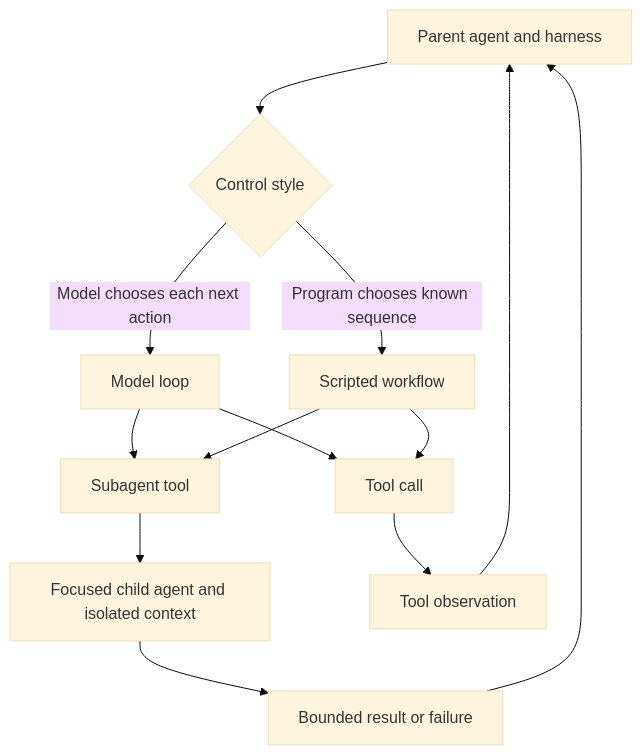
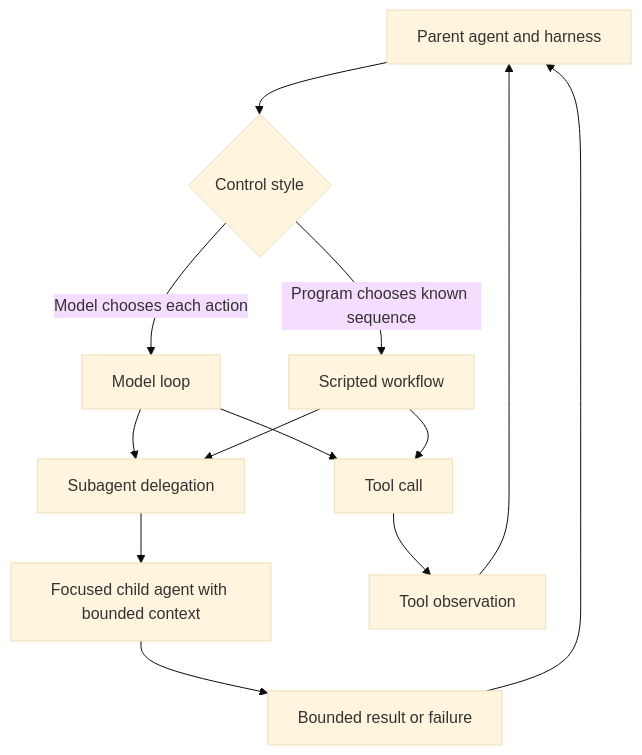
Before and after one commit to dima-koshman/skills: the second of 2 diagrams in openwiki/architecture/agent-systems.md, drawn with Mermaid (base theme). The commit also changed other lines of this file and 19 other files, not shown here.

````diff
--- a/openwiki/architecture/agent-systems.md
+++ b/openwiki/architecture/agent-systems.md
@@ -116,15 +137,15 @@
 ```mermaid
 flowchart TD
-    Parent[Parent agent and harness] --> Choice{Control style}
-    Choice -->|Model chooses each next action| Loop[Model loop]
+    Parent[Parent agent and harness] --> Choice{"Control style"}
+    Choice -->|Model chooses each action| Loop[Model loop]
     Choice -->|Program chooses known sequence| Workflow[Scripted workflow]
     Loop --> ToolCall[Tool call]
     Workflow --> ToolCall
-    Loop --> Delegate[Subagent tool]
+    Loop --> Delegate[Subagent delegation]
     Workflow --> Delegate
-    Delegate --> Child[Focused child agent and isolated context]
+    Delegate --> Child[Focused child agent with bounded context]
     Child --> Report[Bounded result or failure]
     Report --> Parent
     ToolCall --> Observation[Tool observation]
     Observation --> Parent
 ```
````
